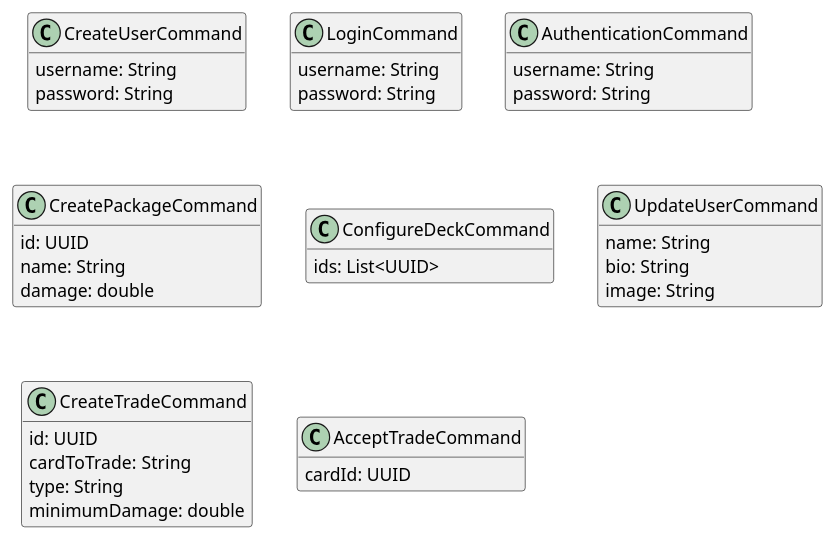
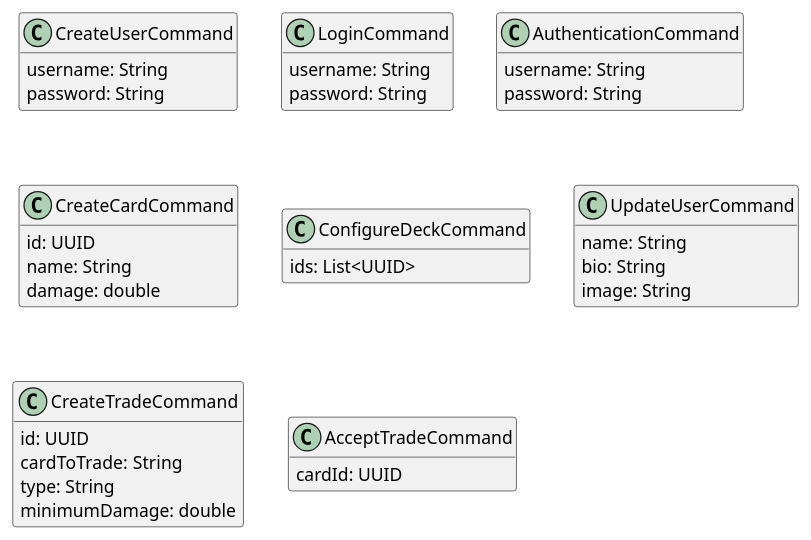
Before and after one commit to ThomasBoigner/BIF3-SWEN-MTCG-Thomas-Boigner: the diagram in src/docs/commands.puml, drawn with PlantUML. The commit also changed 8 other files, not shown here.

```diff
--- a/src/docs/commands.puml
+++ b/src/docs/commands.puml
@@ -1,46 +1,46 @@
 @startuml
 hide methods
 
 class CreateUserCommand {
     username: String
     password: String
 }
 
 class LoginCommand {
     username: String
     password: String
 }
 
 class AuthenticationCommand {
     username: String
     password: String
 }
 
-class CreatePackageCommand {
+class CreateCardCommand {
     id: UUID
     name: String
     damage: double
 }
 
 class ConfigureDeckCommand {
     ids: List<UUID>
 }
 
 class UpdateUserCommand {
     name: String
     bio: String
     image: String
 }
 
 class CreateTradeCommand {
     id: UUID
     cardToTrade: String
     type: String
     minimumDamage: double
 }
 
 class AcceptTradeCommand {
     cardId: UUID
 }
 
 @enduml
```
